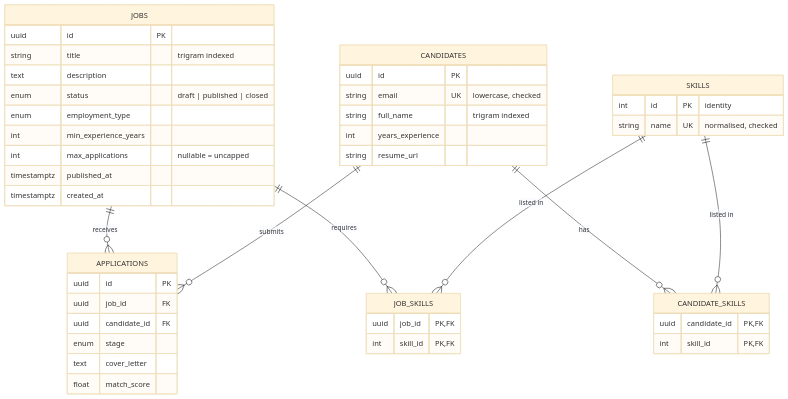
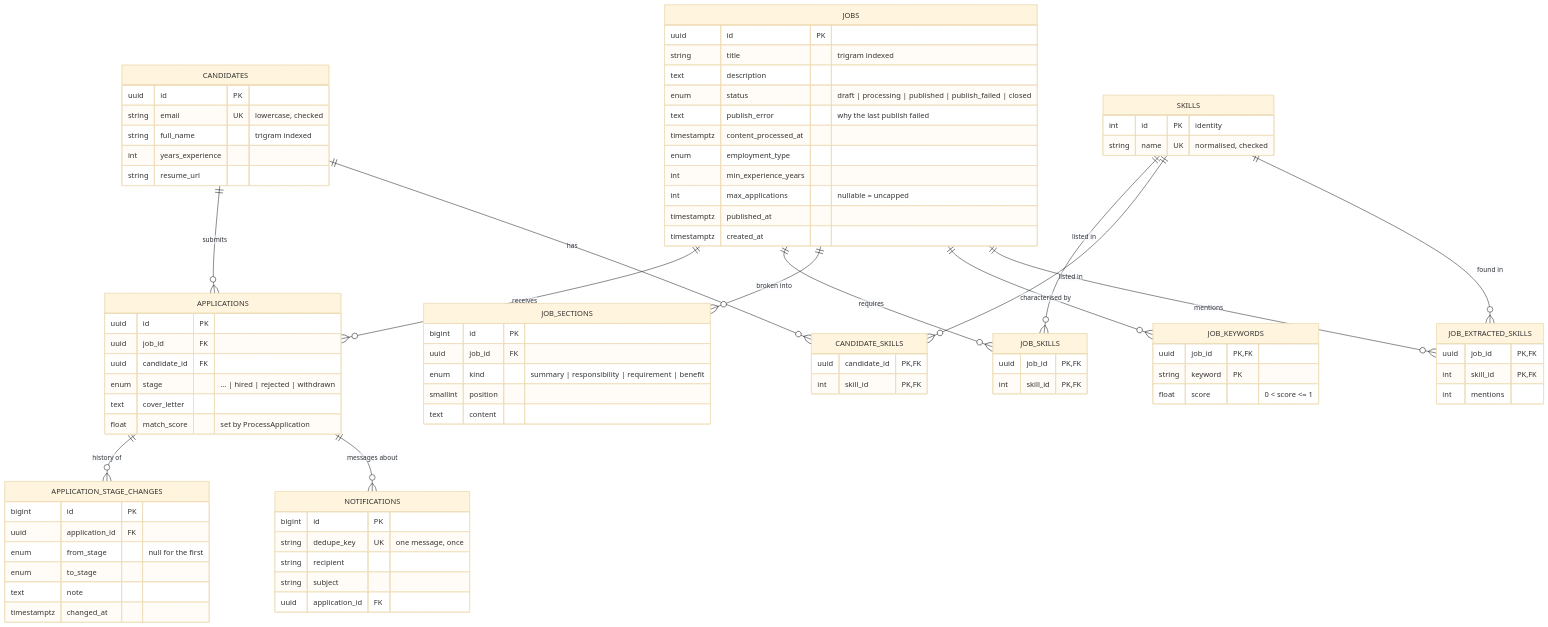
The diagram in docs/DATABASE.md (musman-se/smart-hire), drawn with Mermaid (base theme) before and after one commit. The commit also changed other lines of this file and 12 other files, not shown here.

````diff
--- a/docs/DATABASE.md
+++ b/docs/DATABASE.md
@@ -16,12 +16,20 @@
     CANDIDATES ||--o{ CANDIDATE_SKILLS : has
     SKILLS ||--o{ JOB_SKILLS : "listed in"
     SKILLS ||--o{ CANDIDATE_SKILLS : "listed in"
+    JOBS ||--o{ JOB_SECTIONS : "broken into"
+    JOBS ||--o{ JOB_KEYWORDS : "characterised by"
+    JOBS ||--o{ JOB_EXTRACTED_SKILLS : mentions
+    SKILLS ||--o{ JOB_EXTRACTED_SKILLS : "found in"
+    APPLICATIONS ||--o{ APPLICATION_STAGE_CHANGES : "history of"
+    APPLICATIONS ||--o{ NOTIFICATIONS : "messages about"
 
     JOBS {
         uuid id PK
         string title "trigram indexed"
         text description
-        enum status "draft | published | closed"
+        enum status "draft | processing | published | publish_failed | closed"
+        text publish_error "why the last publish failed"
+        timestamptz content_processed_at
         enum employment_type
         int min_experience_years
         int max_applications "nullable = uncapped"
@@ -51,8 +59,40 @@
         uuid id PK
         uuid job_id FK
         uuid candidate_id FK
-        enum stage
+        enum stage "... | hired | rejected | withdrawn"
         text cover_letter
-        float match_score
+        float match_score "set by ProcessApplication"
+    }
+    JOB_SECTIONS {
+        bigint id PK
+        uuid job_id FK
+        enum kind "summary | responsibility | requirement | benefit"
+        smallint position
+        text content
+    }
+    JOB_KEYWORDS {
+        uuid job_id PK, FK
+        string keyword PK
+        float score "0 < score <= 1"
+    }
+    JOB_EXTRACTED_SKILLS {
+        uuid job_id PK, FK
+        int skill_id PK, FK
+        int mentions
+    }
+    APPLICATION_STAGE_CHANGES {
+        bigint id PK
+        uuid application_id FK
+        enum from_stage "null for the first"
+        enum to_stage
+        text note
+        timestamptz changed_at
+    }
+    NOTIFICATIONS {
+        bigint id PK
+        string dedupe_key UK "one message, once"
+        string recipient
+        string subject
+        uuid application_id FK
     }
 ```
````
